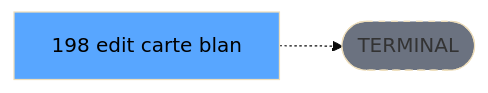
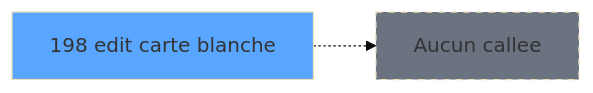
One commit to thonyAGP/magic-migration changed the third of 3 diagrams in .openspec/specs/ADH-IDE-198.md. Above: the diagram before and after it, drawn with Mermaid (base theme). The commit also changed other lines of this file and 493 other files, not shown here.

````diff
--- a/.openspec/specs/ADH-IDE-198.md
+++ b/.openspec/specs/ADH-IDE-198.md
@@ -139,8 +180,8 @@
 ```mermaid
 graph LR
-    T[198 edit carte blan]
-    TERM([TERMINAL])
-    T -.-> TERM
-    style TERM fill:#6b7280,stroke-dasharray: 5 5
-    style T fill:#58a6ff,color:#000
+    T198[198 edit carte blanche]
+    style T198 fill:#58a6ff
+    NONE[Aucun callee]
+    T198 -.-> NONE
+    style NONE fill:#6b7280,stroke-dasharray: 5 5
 ```
````
